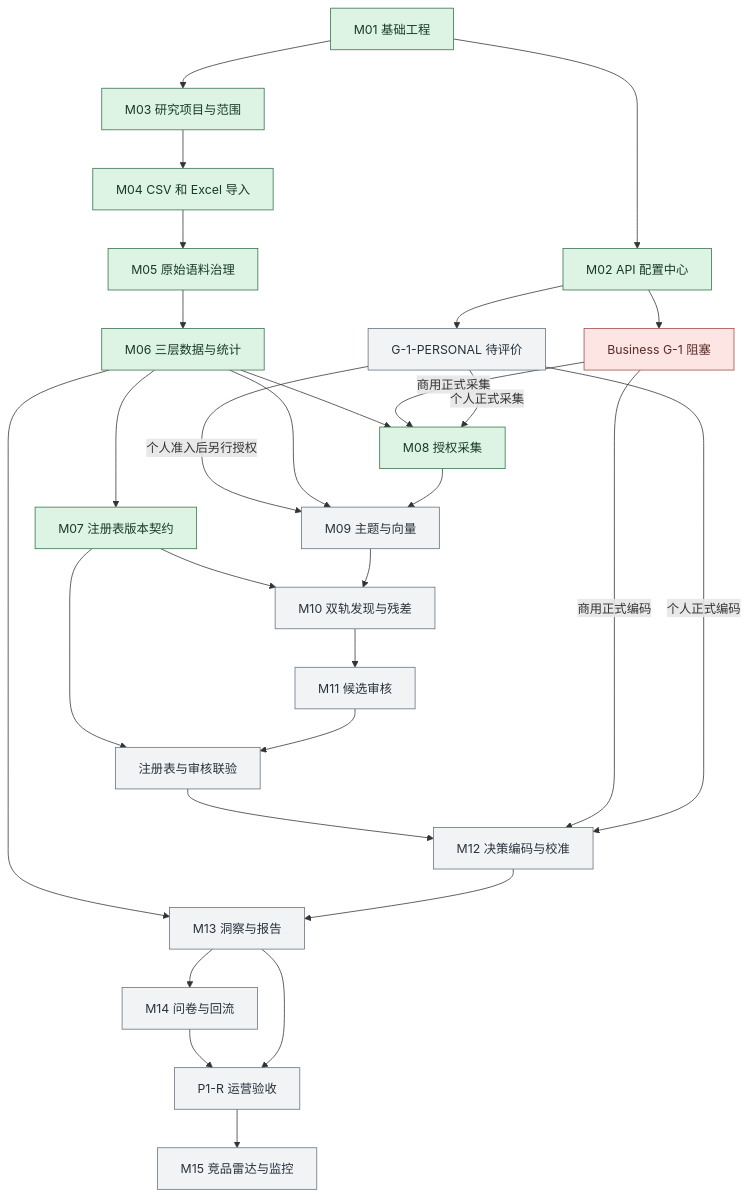
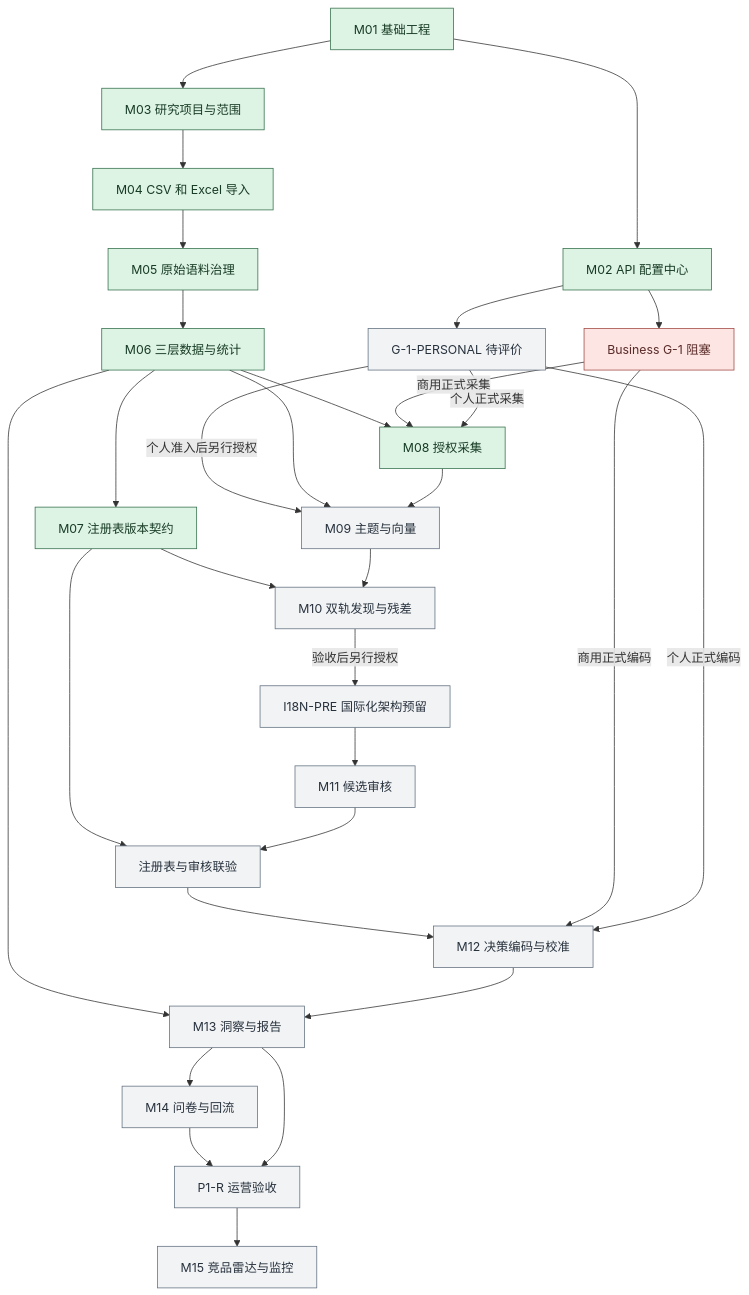
The first of 3 diagrams in docs/planning/development-sequence.md (kurikiwoods-coder/voc-research-workbench), drawn with Mermaid before and after one commit. The commit also changed other lines of this file and 7 other files, not shown here.

Commit message:
docs: register I18N-PRE implementation sequence and multilingual research contracts

````diff
--- a/docs/planning/development-sequence.md
+++ b/docs/planning/development-sequence.md
@@ -9,39 +9,40 @@
 ```mermaid
 flowchart TD
     M01["M01 基础工程"] --> M02["M02 API 配置中心"]
     M01 --> M03["M03 研究项目与范围"]
     M02 --> G1["Business G-1 阻塞"]
     M02 --> Personal["G-1-PERSONAL 待评价"]
     Personal -->|个人准入后另行授权| M09
     M03 --> M04["M04 CSV 和 Excel 导入"]
     M04 --> M05["M05 原始语料治理"]
     M05 --> M06["M06 三层数据与统计"]
     M06 --> M07["M07 注册表版本契约"]
     M06 --> M08["M08 授权采集"]
     M06 --> M09["M09 主题与向量"]
     M08 --> M09
     M07 --> M10["M10 双轨发现与残差"]
     M09 --> M10
-    M10 --> M11["M11 候选审核"]
+    M10 -->|验收后另行授权| I18N["I18N-PRE 国际化架构预留"]
+    I18N --> M11["M11 候选审核"]
     M07 --> Joint["注册表与审核联验"]
     M11 --> Joint
     Joint --> M12["M12 决策编码与校准"]
     G1 -->|商用正式采集| M08
     Personal -->|个人正式采集| M08
     G1 -->|商用正式编码| M12
     Personal -->|个人正式编码| M12
     M06 --> M13["M13 洞察与报告"]
     M12 --> M13
     M13 --> M14["M14 问卷与回流"]
     M14 --> P1R["P1-R 运营验收"]
     M13 --> P1R
     P1R --> M15["M15 竞品雷达与监控"]
     classDef done fill:#DDF3E4,stroke:#35704C,color:#173B24
     classDef pending fill:#F1F3F5,stroke:#637180,color:#28323D
     classDef blocked fill:#FCE5E2,stroke:#A24943,color:#592B29
     class M01,M02,M03,M04,M05,M06 done
     class M07 done
     class M08 done
-    class Personal,M09,M10,M11,Joint,M12,M13,M14,P1R,M15 pending
+    class Personal,M09,M10,I18N,M11,Joint,M12,M13,M14,P1R,M15 pending
     class G1 blocked
 ```
````
